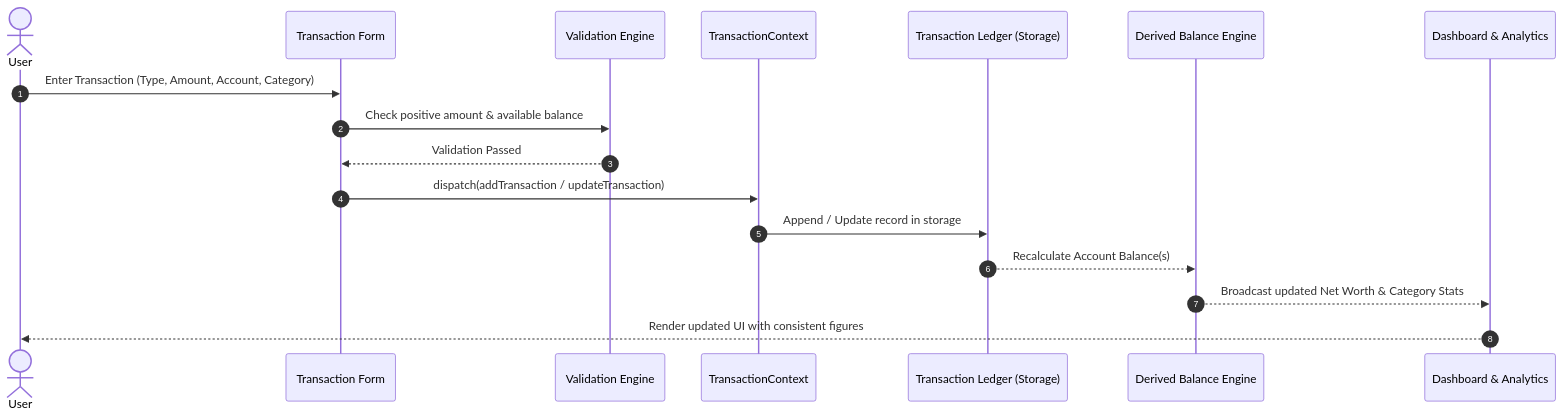
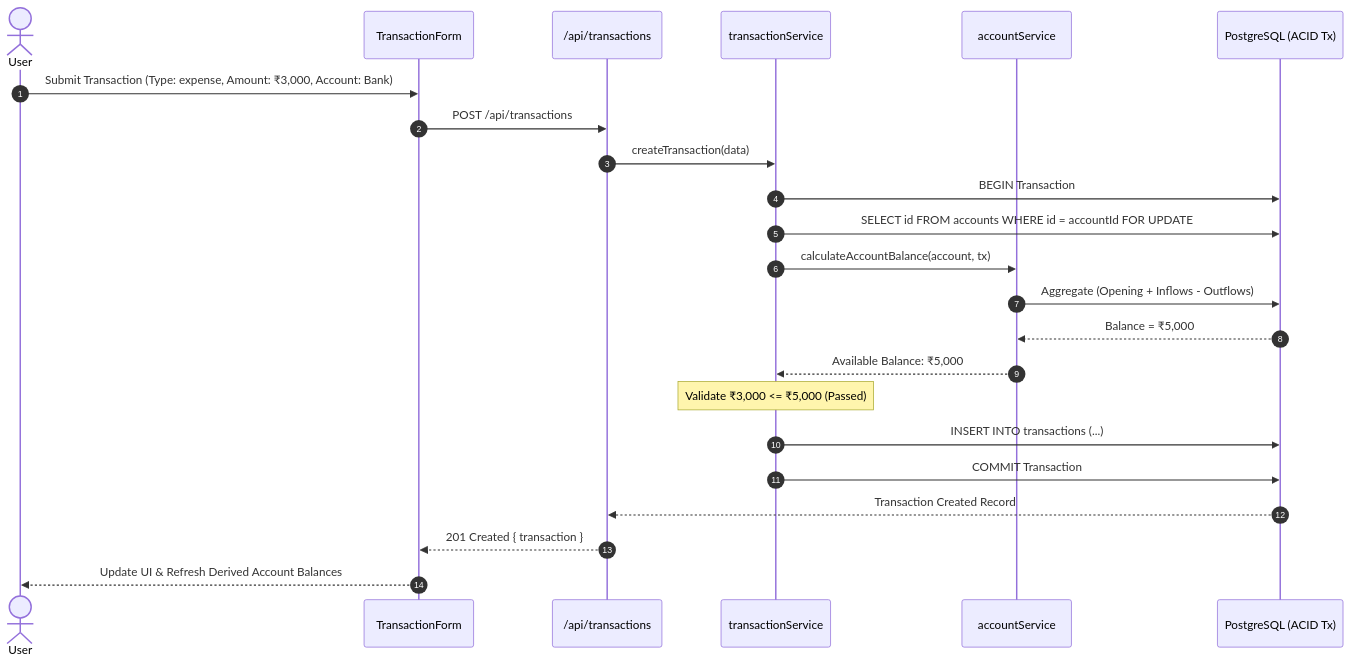
The third of 5 diagrams in README.md (sandip234-ui/ExpenseTracker), drawn with Mermaid before and after one commit. The commit also changed other lines of this file, not shown here.

````diff
--- a/README.md
+++ b/README.md
@@ -136,20 +346,26 @@
 ```mermaid
 sequenceDiagram
     autonumber
     actor User
-    participant Form as Transaction Form
-    participant Val as Validation Engine
-    participant Context as TransactionContext
-    participant Ledger as Transaction Ledger (Storage)
-    participant Derived as Derived Balance Engine
-    participant Views as Dashboard & Analytics
+    participant Form as TransactionForm
+    participant API as /api/transactions
+    participant TxnSvc as transactionService
+    participant AccSvc as accountService
+    participant DB as PostgreSQL (ACID Tx)
 
-    User->>Form: Enter Transaction (Type, Amount, Account, Category)
-    Form->>Val: Check positive amount & available balance
-    Val-->>Form: Validation Passed
-    Form->>Context: dispatch(addTransaction / updateTransaction)
-    Context->>Ledger: Append / Update record in storage
-    Ledger-->>Derived: Recalculate Account Balance(s)
-    Derived-->>Views: Broadcast updated Net Worth & Category Stats
-    Views-->>User: Render updated UI with consistent figures
+    User->>Form: Submit Transaction (Type: expense, Amount: ₹3,000, Account: Bank)
+    Form->>API: POST /api/transactions
+    API->>TxnSvc: createTransaction(data)
+    TxnSvc->>DB: BEGIN Transaction
+    TxnSvc->>DB: SELECT id FROM accounts WHERE id = accountId FOR UPDATE
+    TxnSvc->>AccSvc: calculateAccountBalance(account, tx)
+    AccSvc->>DB: Aggregate (Opening + Inflows - Outflows)
+    DB-->>AccSvc: Balance = ₹5,000
+    AccSvc-->>TxnSvc: Available Balance: ₹5,000
+    Note over TxnSvc: Validate ₹3,000 <= ₹5,000 (Passed)
+    TxnSvc->>DB: INSERT INTO transactions (...)
+    TxnSvc->>DB: COMMIT Transaction
+    DB-->>API: Transaction Created Record
+    API-->>Form: 201 Created { transaction }
+    Form-->>User: Update UI & Refresh Derived Account Balances
 ```
````
